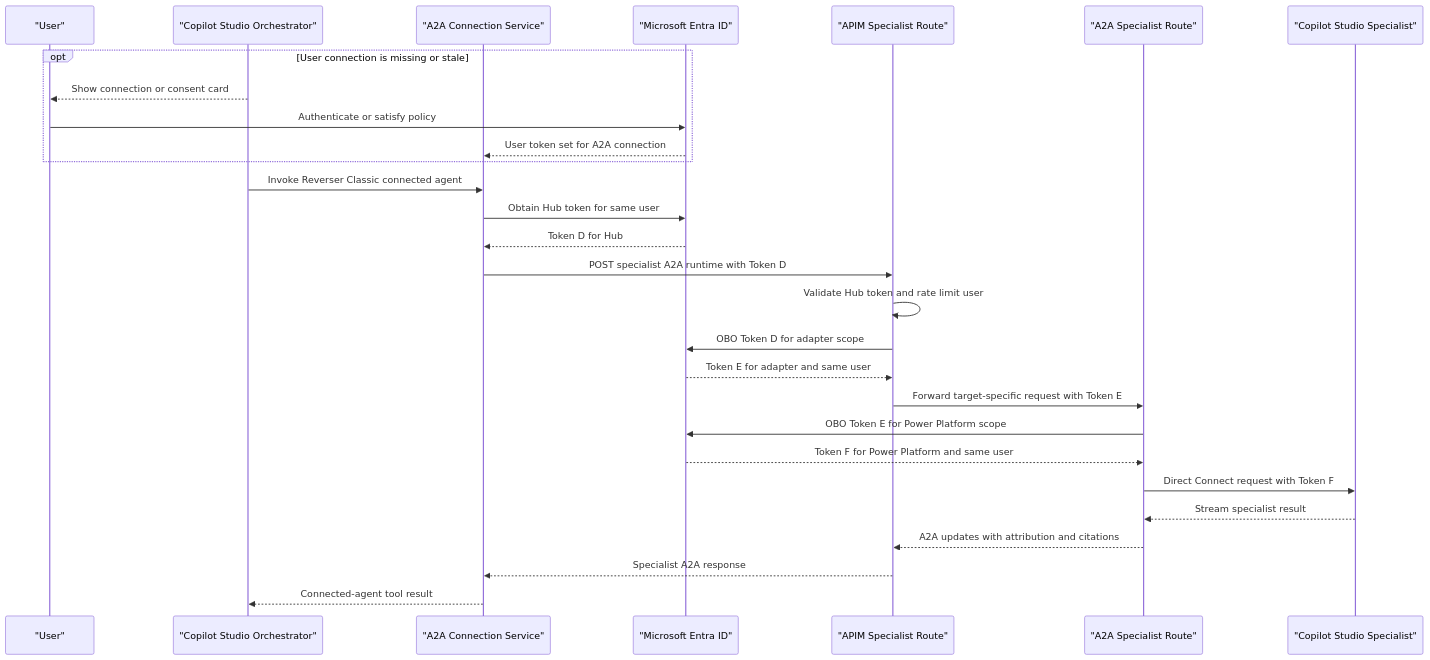
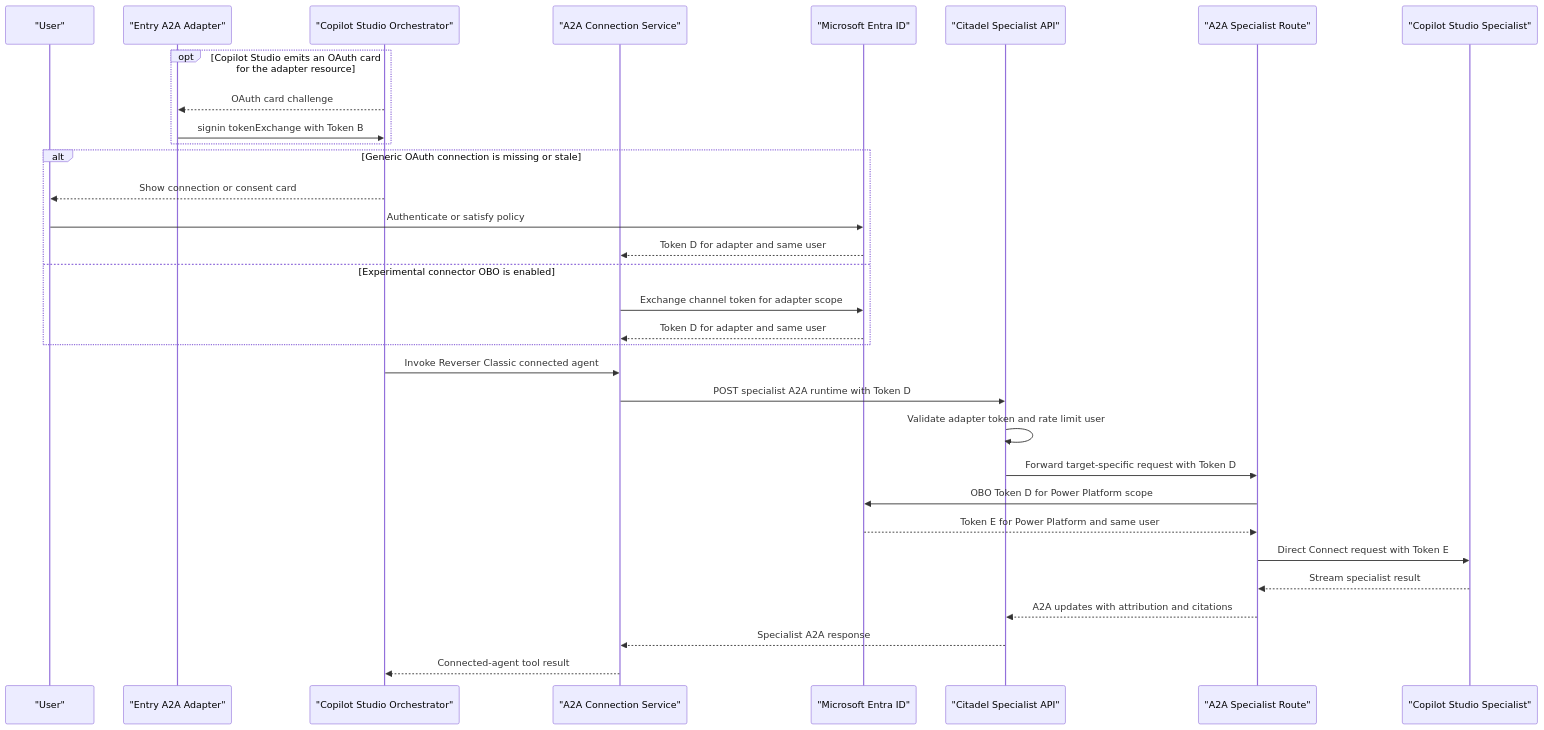
The second of 3 diagrams in docs/auth-obo-sequence-diagram.md (yulia-meijs/foundry-copilot-a2a), drawn with Mermaid before and after one commit. The commit also changed other lines of this file, not shown here.

Commit message:
document obo sequence

````diff
--- a/docs/auth-obo-sequence-diagram.md
+++ b/docs/auth-obo-sequence-diagram.md
@@ -160,32 +167,36 @@
 ```mermaid
 %%{init: {"themeVariables": {"fontSize": "26px"}, "sequence": {"actorFontSize": 26, "messageFontSize": 24, "noteFontSize": 24, "messageMargin": 50}}}%%
 sequenceDiagram
     participant User as "User"
+    participant EntryAdapter as "Entry A2A Adapter"
     participant Orch as "Copilot Studio Orchestrator"
     participant Conn as "A2A Connection Service"
     participant Entra as "Microsoft Entra ID"
-    participant APIM as "APIM Specialist Route"
+    participant APIM as "Citadel Specialist API"
     participant Adapter as "A2A Specialist Route"
     participant Specialist as "Copilot Studio Specialist"
 
-    opt User connection is missing or stale
+    opt Copilot Studio emits an OAuth card for the adapter resource
+        Orch-->>EntryAdapter: OAuth card challenge
+        EntryAdapter->>Orch: signin tokenExchange with Token B
+    end
+    alt Generic OAuth connection is missing or stale
         Orch-->>User: Show connection or consent card
         User->>Entra: Authenticate or satisfy policy
-        Entra-->>Conn: User token set for A2A connection
+        Entra-->>Conn: Token D for adapter and same user
+    else Experimental connector OBO is enabled
+        Conn->>Entra: Exchange channel token for adapter scope
+        Entra-->>Conn: Token D for adapter and same user
     end
     Orch->>Conn: Invoke Reverser Classic connected agent
-    Conn->>Entra: Obtain Hub token for same user
-    Entra-->>Conn: Token D for Hub
     Conn->>APIM: POST specialist A2A runtime with Token D
-    APIM->>APIM: Validate Hub token and rate limit user
-    APIM->>Entra: OBO Token D for adapter scope
-    Entra-->>APIM: Token E for adapter and same user
-    APIM->>Adapter: Forward target-specific request with Token E
-    Adapter->>Entra: OBO Token E for Power Platform scope
-    Entra-->>Adapter: Token F for Power Platform and same user
-    Adapter->>Specialist: Direct Connect request with Token F
+    APIM->>APIM: Validate adapter token and rate limit user
+    APIM->>Adapter: Forward target-specific request with Token D
+    Adapter->>Entra: OBO Token D for Power Platform scope
+    Entra-->>Adapter: Token E for Power Platform and same user
+    Adapter->>Specialist: Direct Connect request with Token E
     Specialist-->>Adapter: Stream specialist result
     Adapter-->>APIM: A2A updates with attribution and citations
     APIM-->>Conn: Specialist A2A response
     Conn-->>Orch: Connected-agent tool result
 ```
````
